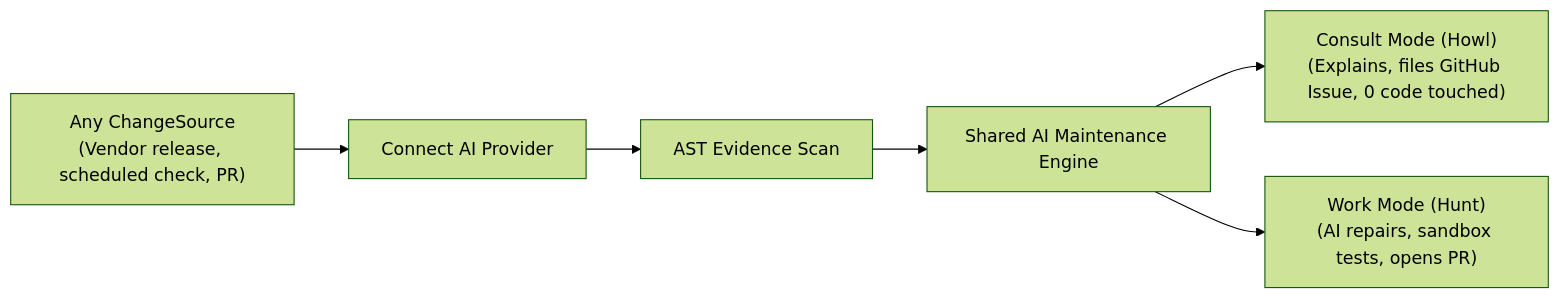
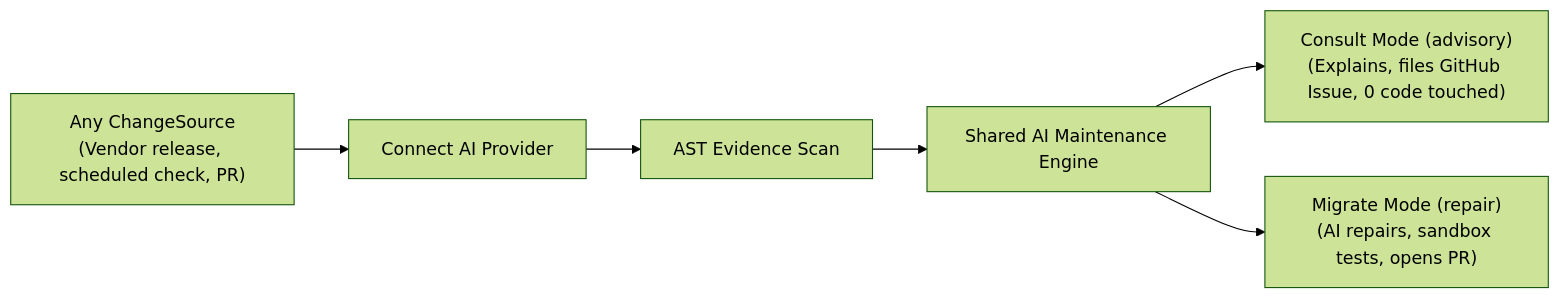
The first of 3 diagrams in docs/SYSTEM_MAP.md (Devaretanmay/truhowl), drawn with Mermaid (forest theme) before and after one commit. The commit also changed other lines of this file and 16 other files, not shown here.

First line of the commit message:
chore(hygiene): user-facing Howl/Hunt sweep, lint, legacy tests

````diff
--- a/docs/SYSTEM_MAP.md
+++ b/docs/SYSTEM_MAP.md
@@ -7,8 +7,8 @@
 ```mermaid
 flowchart LR
     A["Any ChangeSource<br/>(Vendor release, scheduled check, PR)"] --> B["Connect AI Provider"]
     B --> C["AST Evidence Scan"]
     C --> D["Shared AI Maintenance Engine"]
-    D --> E["Consult Mode (Howl)<br/>(Explains, files GitHub Issue, 0 code touched)"]
-    D --> F["Work Mode (Hunt)<br/>(AI repairs, sandbox tests, opens PR)"]
+    D --> E["Consult Mode (advisory)<br/>(Explains, files GitHub Issue, 0 code touched)"]
+    D --> F["Migrate Mode (repair)<br/>(AI repairs, sandbox tests, opens PR)"]
 ```
````
